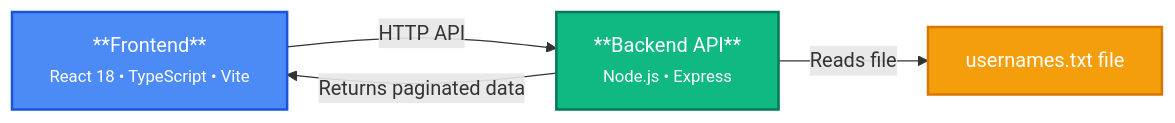
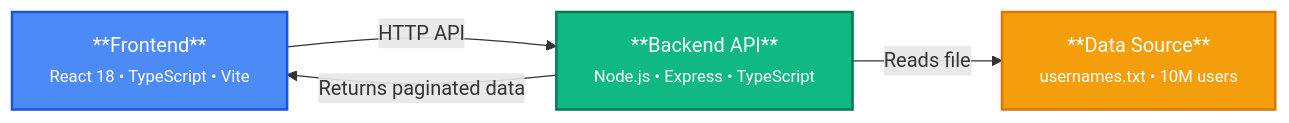
The diagram in README.md (YassmineEm/User-Management), drawn with Mermaid before and after one commit.

````diff
--- a/README.md
+++ b/README.md
@@ -34,15 +34,15 @@
 ```mermaid
 flowchart LR
-    Frontend["**Frontend**<br/><small>React 18 • TypeScript • Vite</small>"] -->|"HTTP API"| Backend["**Backend API**<br/><small>Node.js • Express </small>"]
-    Backend -->|"Reads file"| DataFile["usernames.txt file"]
+    Frontend["**Frontend**<br/><small>React 18 • TypeScript • Vite</small>"] -->|"HTTP API"| Backend["**Backend API**<br/><small>Node.js • Express • TypeScript</small>"]
+    Backend -->|"Reads file"| DataFile["**Data Source**<br/><small>usernames.txt • 10M users</small>"]
     Backend -->|"Returns paginated data"| Frontend
 
-    %% Alternative 1 - Palette moderne
+    %% Styles
     classDef frontend fill:#4C8BF5,stroke:#1A56DB,stroke-width:2px,color:white
     classDef backend fill:#10B981,stroke:#047857,stroke-width:2px,color:white
     classDef datafile fill:#F59E0B,stroke:#D97706,stroke-width:2px,color:white
     
     class Frontend frontend
     class Backend backend
     class DataFile datafile
 ```
````
